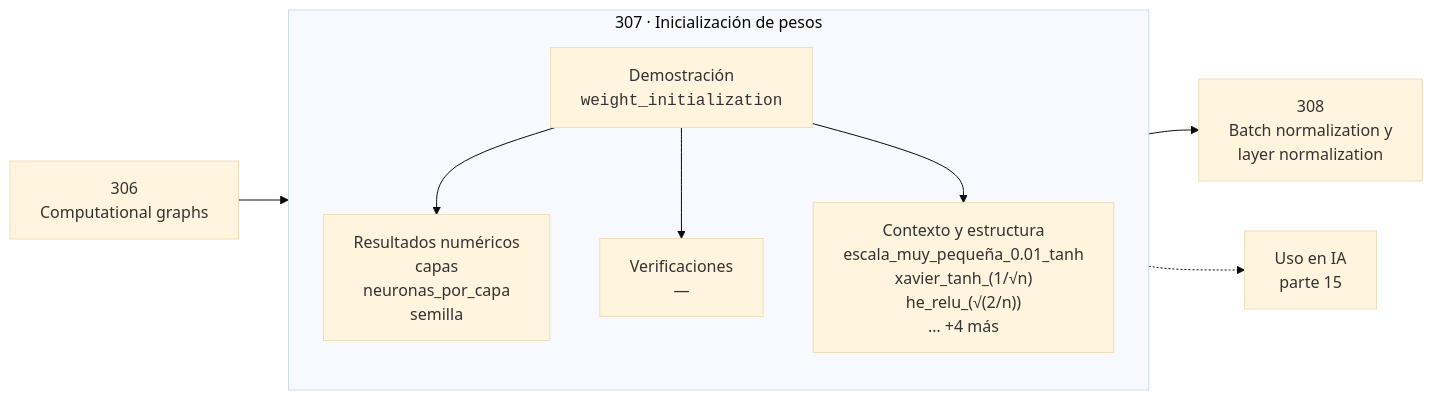
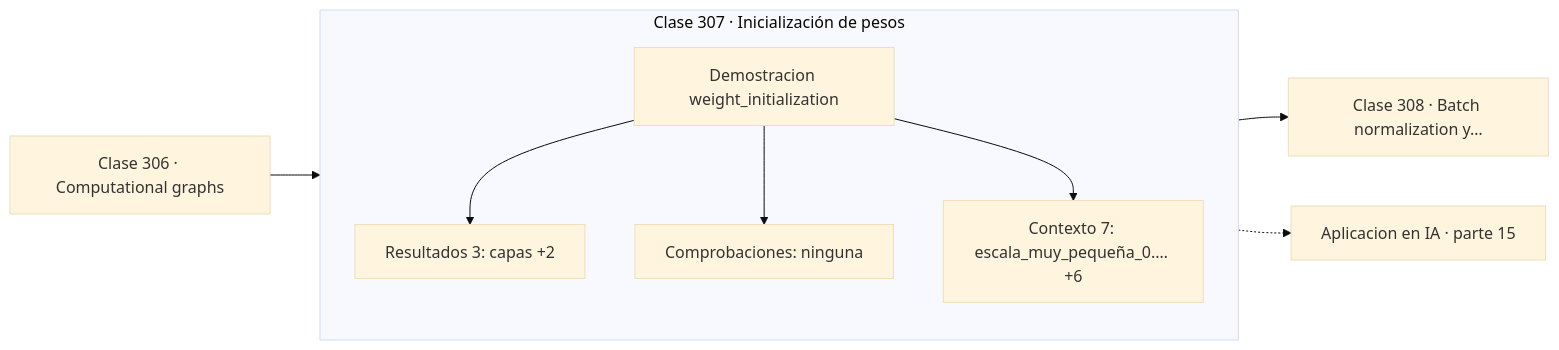
Before and after one commit to vladimiracunadev-create/computational-mathematics-program: the diagram in classes/part-15-matematica-de-deep-learning/307-inicializacion-de-pesos/README.md, drawn with Mermaid (base theme). The commit also changed 389 other files, not shown here.

First line of the commit message:
fix(diagramas): elimina el HTML de las etiquetas Mermaid

````diff
--- a/classes/part-15-matematica-de-deep-learning/307-inicializacion-de-pesos/README.md
+++ b/classes/part-15-matematica-de-deep-learning/307-inicializacion-de-pesos/README.md
@@ -30,12 +30,13 @@
 ```mermaid
 flowchart LR
-    P["306<br/>Computational graphs"] --> C
-    subgraph C["307 · Inicialización de pesos"]
+    P["Clase 306 · Computational graphs"] --> D
+    subgraph CLASE["Clase 307 · Inicialización de pesos"]
         direction TB
-        D["Demostración<br/><code>weight_initialization</code>"] --> R["Resultados numéricos<br/>capas<br/>neuronas_por_capa<br/>semilla"]
-        D --> V["Verificaciones<br/>—"]
-        D --> O["Contexto y estructura<br/>escala_muy_pequeña_0.01_tanh<br/>xavier_tanh_(1/√n)<br/>he_relu_(√(2/n))<br/>… +4 más"]
+        D["Demostracion weight_initialization"]
+        D --> R["Resultados 3: capas +2"]
+        D --> V["Comprobaciones: ninguna"]
+        D --> O["Contexto 7: escala_muy_pequeña_0.… +6"]
     end
-    C --> N["308<br/>Batch normalization y<br/>layer normalization"]
-    C -.-> IA["Uso en IA<br/>parte 15"]
+    R --> N["Clase 308 · Batch normalization y…"]
+    V -.-> IA["Aplicacion en IA · parte 15"]
 ```
````
